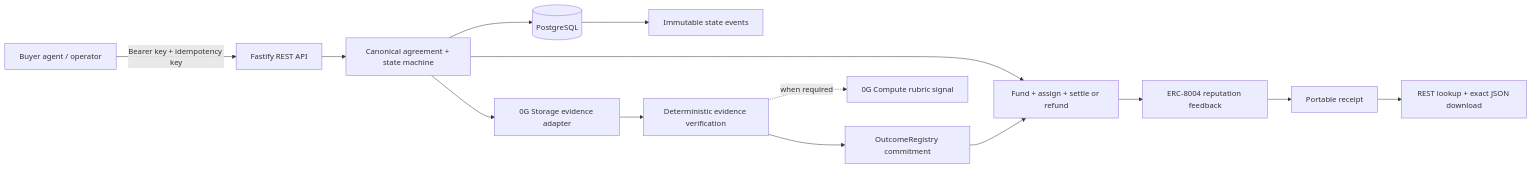
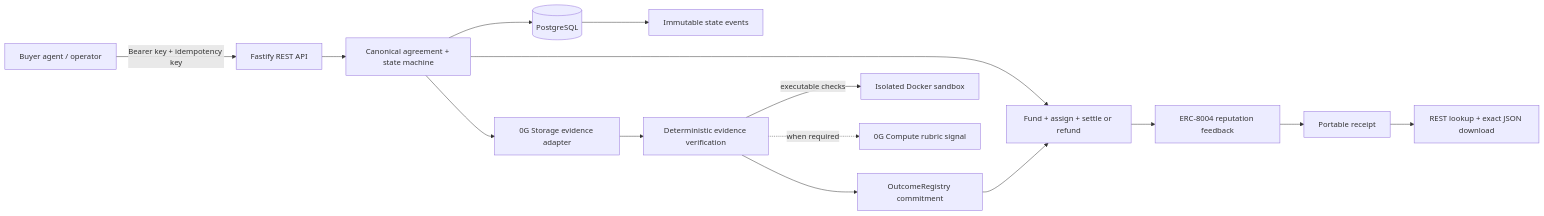
The diagram in README.md (anikeaty08/AgentClear), drawn with Mermaid before and after one commit. The commit also changed other lines of this file and 31 other files, not shown here.

Commit message:
feat: add isolated executable verification

````diff
--- a/README.md
+++ b/README.md
@@ -7,16 +7,17 @@
 ```mermaid
 flowchart LR
   Client[Buyer agent / operator] -->|Bearer key + idempotency key| API[Fastify REST API]
   API --> Domain[Canonical agreement + state machine]
   Domain --> DB[(PostgreSQL)]
   DB --> Events[Immutable state events]
   Domain --> Chain[Fund + assign + settle or refund]
   Domain --> Storage[0G Storage evidence adapter]
   Storage --> Verify[Deterministic evidence verification]
+  Verify -->|executable checks| Sandbox[Isolated Docker sandbox]
   Verify -. when required .-> Compute[0G Compute rubric signal]
   Verify --> Outcome[OutcomeRegistry commitment]
   Outcome --> Chain
   Chain --> Reputation[ERC-8004 reputation feedback]
   Reputation --> Receipt[Portable receipt]
   Receipt --> REST[REST lookup + exact JSON download]
 ```
````
